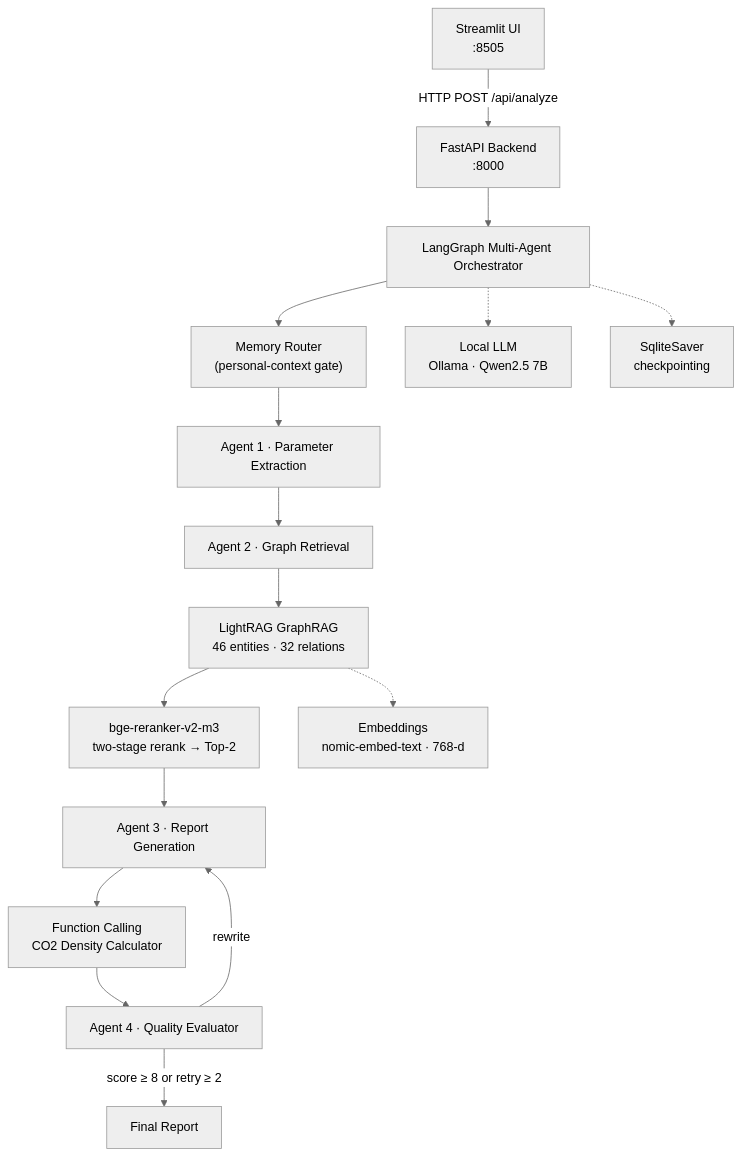
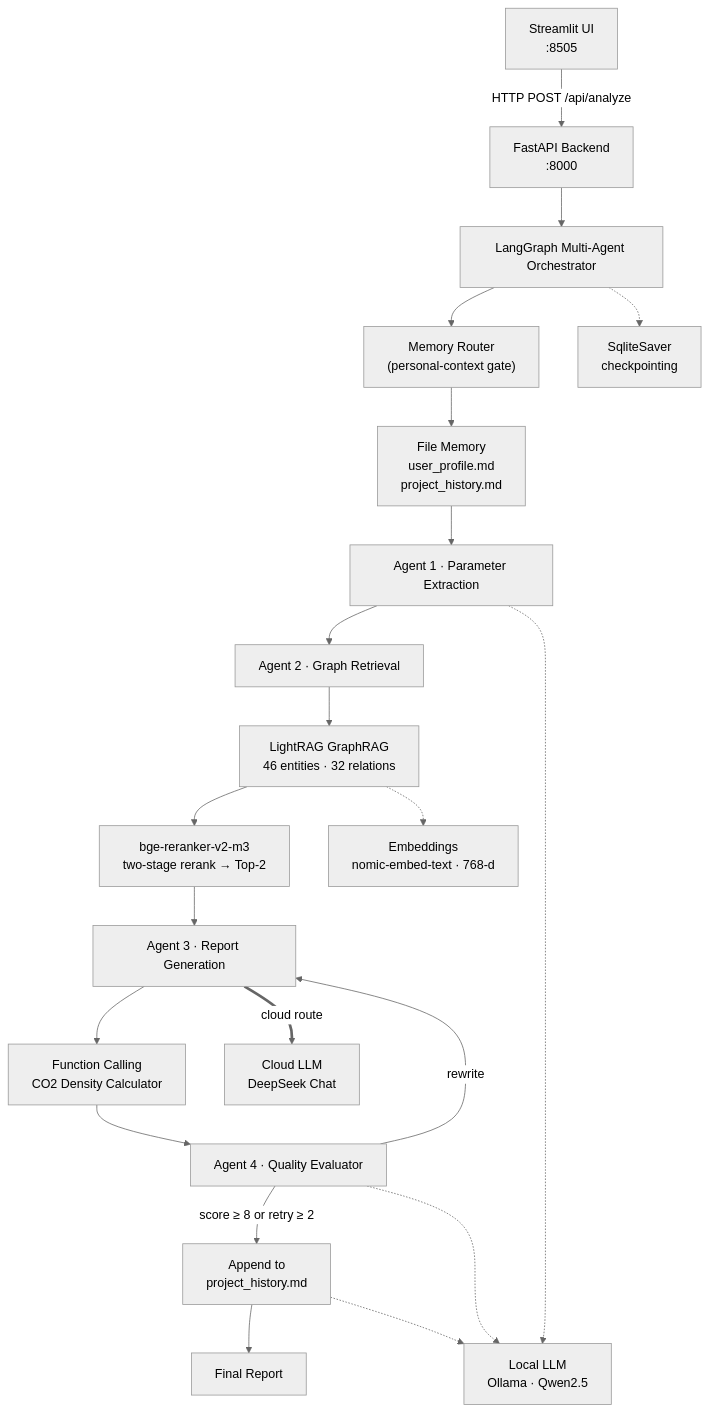
The diagram in README.md (qinruizhang001-hash/petro-rag-agent), drawn with Mermaid (neutral theme) before and after one commit. The commit also changed other lines of this file and 9 other files, not shown here.

````diff
--- a/README.md
+++ b/README.md
@@ -58,20 +58,27 @@
 ```mermaid
 flowchart TD
     UI["Streamlit UI<br/>:8505"] -->|"HTTP POST /api/analyze"| API["FastAPI Backend<br/>:8000"]
     API --> LG["LangGraph Multi-Agent Orchestrator"]
 
     LG --> MR["Memory Router<br/>(personal-context gate)"]
-    MR --> EX["Agent 1 · Parameter Extraction"]
+
+    MR --> FM["File Memory<br/>user_profile.md<br/>project_history.md"]
+
+    FM --> EX["Agent 1 · Parameter Extraction"]
     EX --> RT["Agent 2 · Graph Retrieval"]
     RT --> LR["LightRAG GraphRAG<br/>46 entities · 32 relations"]
     LR --> RR["bge-reranker-v2-m3<br/>two-stage rerank → Top-2"]
     RR --> RP["Agent 3 · Report Generation"]
     RP --> FC["Function Calling<br/>CO2 Density Calculator"]
     FC --> EV["Agent 4 · Quality Evaluator"]
-    EV -->|"score ≥ 8 or retry ≥ 2"| OUT["Final Report"]
+    EV -->|"score ≥ 8 or retry ≥ 2"| HM["Append to<br/>project_history.md"]
     EV -->|"rewrite"| RP
+    HM --> OUT["Final Report"]
 
-    LG -.-> LLM["Local LLM<br/>Ollama · Qwen2.5 7B"]
+    EX -.-> LOCAL["Local LLM<br/>Ollama · Qwen2.5"]
+    EV -.-> LOCAL
+    RP ==>|"cloud route"| CLOUD["Cloud LLM<br/>DeepSeek Chat"]
+    HM -.-> LOCAL
     LR -.-> EMB["Embeddings<br/>nomic-embed-text · 768-d"]
     LG -.-> CKPT["SqliteSaver<br/>checkpointing"]
 ```
````
